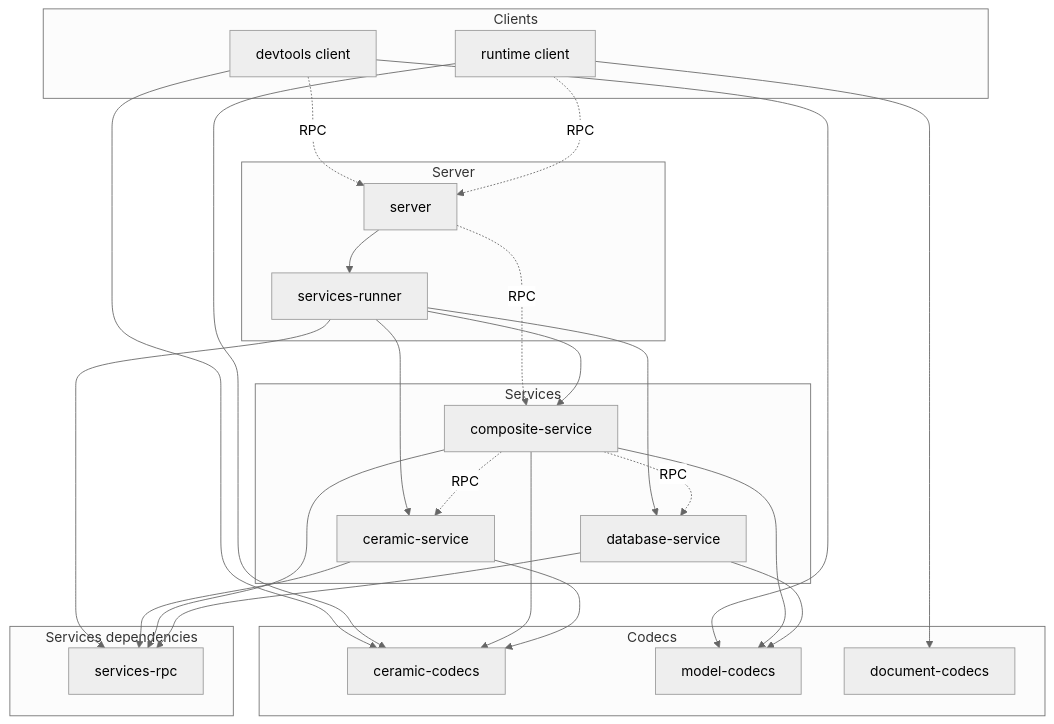
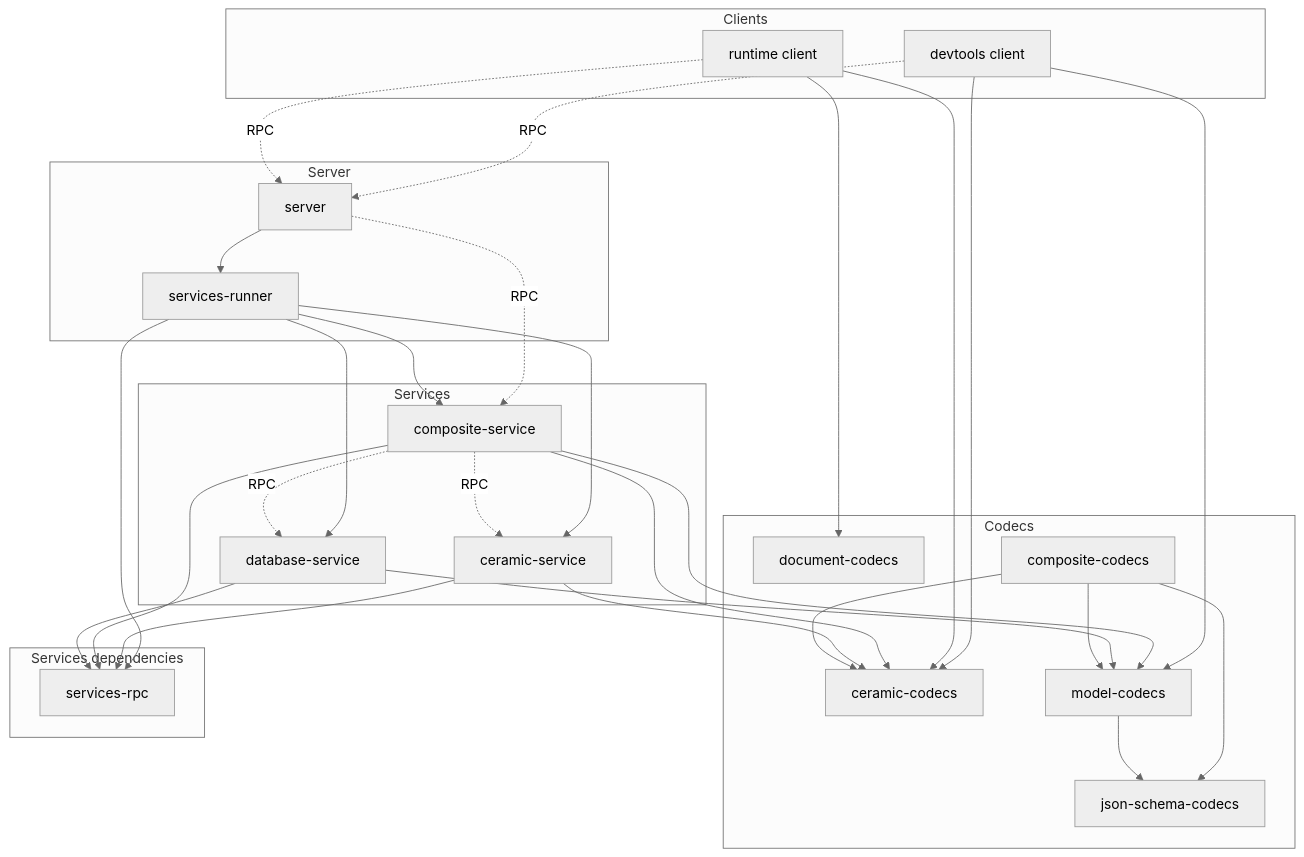
Before and after one commit to ceramicstudio/js-composedb: the diagram in ARCHITECTURE.md, drawn with Mermaid (neutral theme). The commit also changed 25 other files, not shown here.

````diff
--- a/ARCHITECTURE.md
+++ b/ARCHITECTURE.md
@@ -1,39 +1,43 @@
 ```mermaid
 flowchart TD
   subgraph Clients
     DEVC[devtools client]
     RUNC[runtime client]
   end
   DEVC --> CERC & MODC
   RUNC --> CERC & DOCC
 
   subgraph Server
     SER[server]
     SRUN[services-runner]    
   end
   DEVC & RUNC -.->|RPC| SER
   SER --> SRUN
   SER -.->|RPC| COMS
   SRUN --> CERS & COMS & DBS & SRPC
 
   subgraph Services
     CERS[ceramic-service]
     COMS[composite-service]
     DBS[database-service]
     COMS -.->|RPC| CERS & DBS
   end
   CERS & COMS & DBS --> SRPC
   COMS --> CERC & MODC
   CERS --> CERC
   DBS --> MODC
 
   subgraph Codecs
     CERC[ceramic-codecs]
+    COMC[composite-codecs]
     DOCC[document-codecs]
+    JSSC[json-schema-codecs]
     MODC[model-codecs]
   end
+  COMC --> CERC & JSSC & MODC
+  MODC --> JSSC
 
   subgraph Services dependencies
     SRPC[services-rpc]
   end
 ```
````
